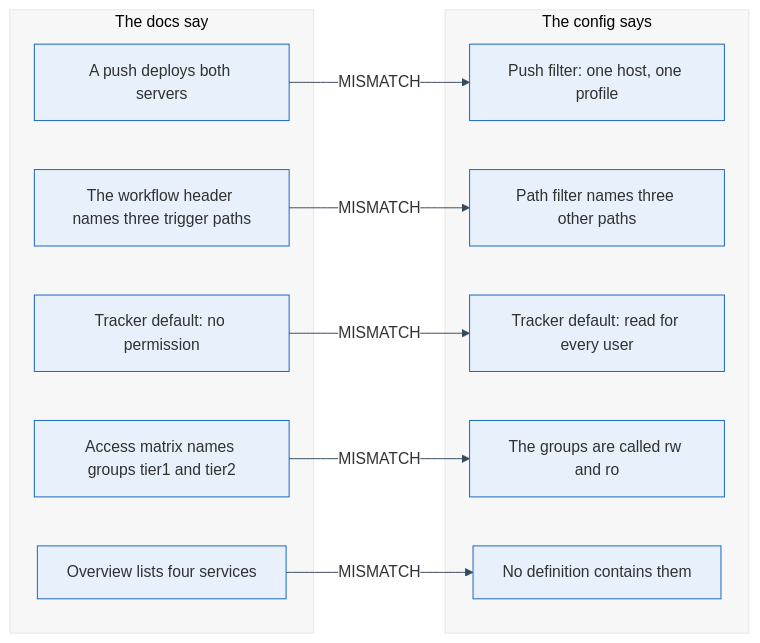
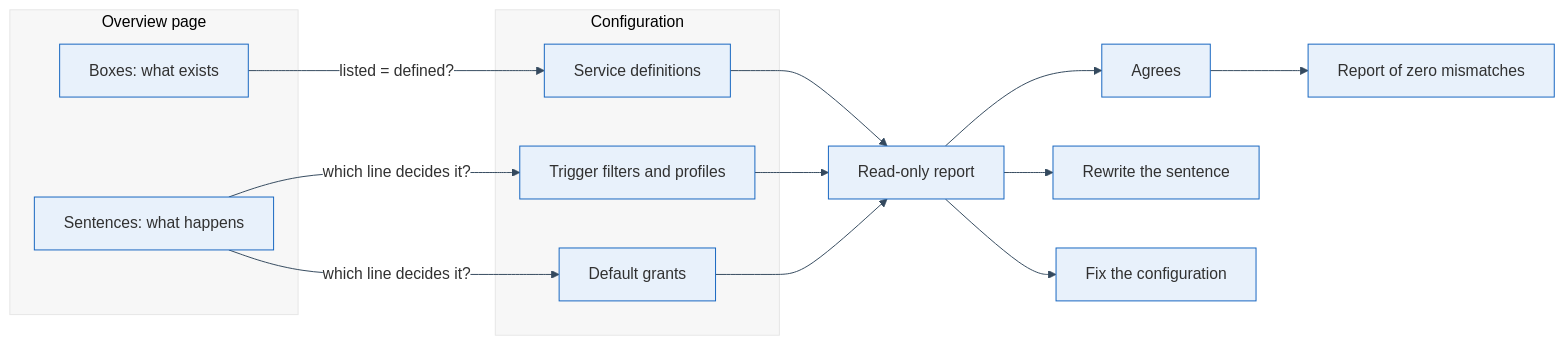
One commit to hedata/personal changed the diagram in content/post/2026-10-21-docs-rot-at-the-claims/index.md. Above: the diagram before and after it, drawn with Mermaid. The commit also changed other lines of this file, not shown here.

Commit message:
fix(post): context first, the good solution (maintainer review of PR 27)
The maintainer rejected the sibling post (personal PR 27, 2026-10-24): not
readable without context, opened inside the author's setup ("my README
said"), told the before instead of the good solution. This post had the
same two defects. Rewritten by the hedata-epu:post-writer agent (plugin
0.3.1) in the shape of the merged tracker-default-permission post:

- opens with what an architecture overview is and who reads it, then why
  the author keeps one, before the point
- the bad state is one sentence; the rest describes the method and what a
  good overview page looks like afterwards
- the diagram shows the method (overview boxes and sentences compared with
  configuration, three verdicts, zero-mismatch report) instead of the
  author's mismatch rows
- no private names, repo, file or issue references; the two public links
  (GitHub Actions workflow syntax, Compose profiles) are kept

Body 691 words including the Mermaid block. Folder, slug, featured.svg and
featured.png unchanged.

````diff
--- a/content/post/2026-10-21-docs-rot-at-the-claims/index.md
+++ b/content/post/2026-10-21-docs-rot-at-the-claims/index.md
@@ -31,23 +31,23 @@
 ```mermaid
 %%{init: {"theme": "base", "themeVariables": {"fontFamily": "Roboto, Helvetica, Arial, sans-serif", "primaryColor": "#e8f1fb", "primaryTextColor": "#313131", "primaryBorderColor": "#1565c0", "secondaryColor": "#f7f7f7", "tertiaryColor": "#ffffff", "lineColor": "#34495e", "textColor": "#313131", "clusterBkg": "#f7f7f7", "clusterBorder": "#e6e6e6", "edgeLabelBackground": "#ffffff"}}}%%
 flowchart LR
-    subgraph D["The docs say"]
-        d1["A push deploys both servers"]
-        d2["The workflow header names three trigger paths"]
-        d3["Tracker default: no permission"]
-        d4["Access matrix names groups tier1 and tier2"]
-        d5["Overview lists four services"]
+    subgraph D["Overview page"]
+        d1["Boxes: what exists"]
+        d2["Sentences: what happens"]
     end
-    subgraph C["The config says"]
-        c1["Push filter: one host, one profile"]
-        c2["Path filter names three other paths"]
-        c3["Tracker default: read for every user"]
-        c4["The groups are called rw and ro"]
-        c5["No definition contains them"]
+    subgraph C["Configuration"]
+        c1["Service definitions"]
+        c2["Trigger filters and profiles"]
+        c3["Default grants"]
     end
-    d1 -- "MISMATCH" --> c1
-    d2 -- "MISMATCH" --> c2
-    d3 -- "MISMATCH" --> c3
-    d4 -- "MISMATCH" --> c4
-    d5 -- "MISMATCH" --> c5
+    d1 -- "listed = defined?" --> c1
+    d2 -- "which line decides it?" --> c2
+    d2 -- "which line decides it?" --> c3
+    c1 --> R["Read-only report"]
+    c2 --> R
+    c3 --> R
+    R --> V1["Agrees"]
+    R --> V2["Rewrite the sentence"]
+    R --> V3["Fix the configuration"]
+    V1 --> Z["Report of zero mismatches"]
 ```
````
